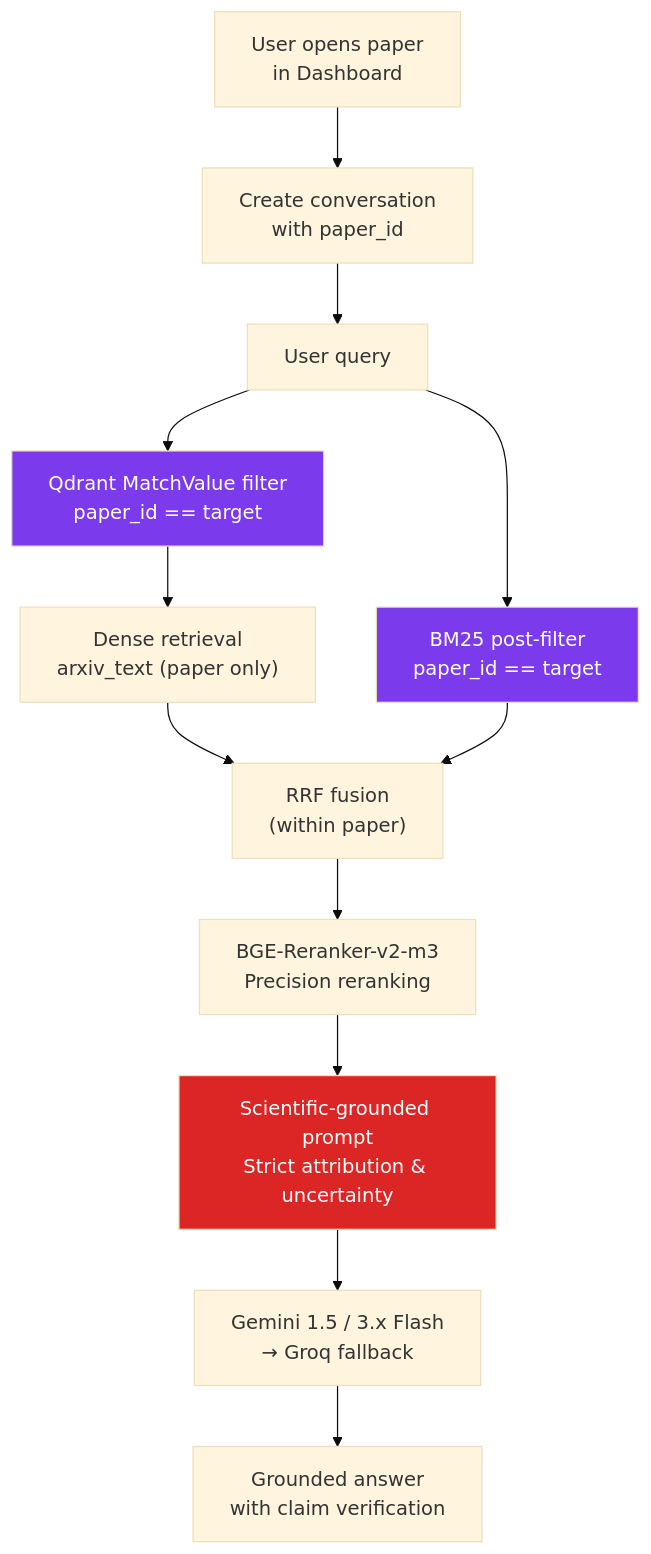
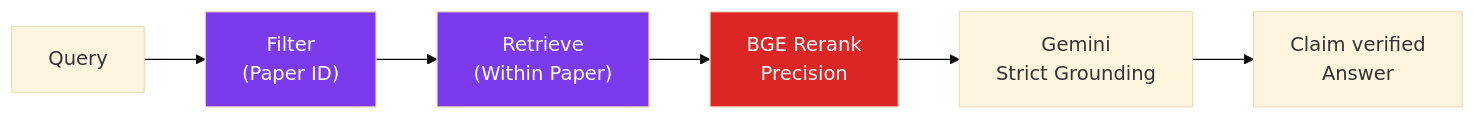
The fourth of 5 diagrams in README.md (HimasagarU/Arxiv-RAG-Assistant), drawn with Mermaid (base theme) before and after one commit. The commit also changed other lines of this file and 17 other files, not shown here.

Commit message:
feat: finalize scientific RAG pipeline, enhance architectural documentation, and add internal flowcharts

````diff
--- a/README.md
+++ b/README.md
@@ -125,17 +114,12 @@
 ```mermaid
-flowchart TB
-    U["User opens paper\nin Dashboard"] --> SC["Create conversation\nwith paper_id"]
-    SC --> Q["User query"]
-    Q --> FILT["Qdrant MatchValue filter\npaper_id == target"]
-    FILT --> D["Dense retrieval\narxiv_text (paper only)"]
-    Q --> BF["BM25 post-filter\npaper_id == target"]
-    D & BF --> RRF["RRF fusion\n(within paper)"]
-    RRF --> RR["BGE-Reranker-v2-m3\nPrecision reranking"]
-    RR --> PROMPT["Scientific-grounded prompt\nStrict attribution & uncertainty"]
-    PROMPT --> GEN["Gemini 1.5 / 3.x Flash\n→ Groq fallback"]
-    GEN --> ANS["Grounded answer\nwith claim verification"]
+flowchart LR
+    Q["Query"] --> FILT["Filter\n(Paper ID)"]
+    FILT --> RET["Retrieve\n(Within Paper)"]
+    RET --> RR["BGE Rerank\nPrecision"]
+    RR --> GEN["Gemini\nStrict Grounding"]
+    GEN --> ANS["Claim verified\nAnswer"]
 
     style FILT fill:#7c3aed,color:#fff
-    style BF fill:#7c3aed,color:#fff
-    style PROMPT fill:#dc2626,color:#fff
+    style RET fill:#7c3aed,color:#fff
+    style RR fill:#dc2626,color:#fff
 ```
````
